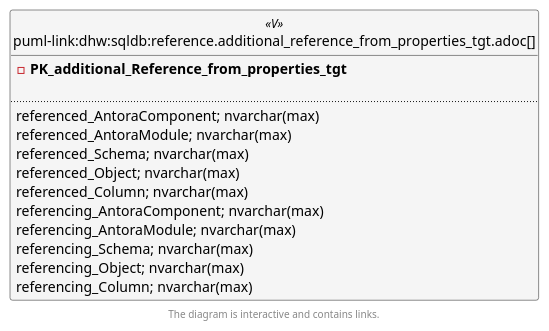
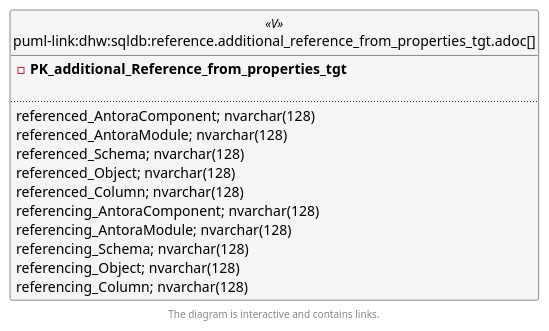
The second of 6 diagrams in docs/modules/sqldb/partials/content/reference.additional_reference_from_properties_tgt.adoc (DataHandwerk/dhw-antora-sqldb), drawn with PlantUML before and after one commit. The commit also changed other lines of this file and 641 other files, not shown here.

```diff
--- a/docs/modules/sqldb/partials/content/reference.additional_reference_from_properties_tgt.adoc
+++ b/docs/modules/sqldb/partials/content/reference.additional_reference_from_properties_tgt.adoc
@@ -854,52 +854,52 @@
 [plantuml, entity_1_1_fk-{docname}, svg, subs=macros]
 ....
 @startuml
 left to right direction
 'top to bottom direction
 hide circle
 'avoide "." issues:
 set namespaceSeparator none
 
 
 skinparam class {
   BackgroundColor White
   BackgroundColor<<FN>> Yellow
   BackgroundColor<<FS>> Yellow
   BackgroundColor<<FT>> LightGray
   BackgroundColor<<IF>> Yellow
   BackgroundColor<<IS>> Yellow
   BackgroundColor<<P>>  Aqua
   BackgroundColor<<PC>> Aqua
   BackgroundColor<<SN>> Yellow
   BackgroundColor<<SO>> SlateBlue
   BackgroundColor<<TF>> LightGray
   BackgroundColor<<TR>> Tomato
   BackgroundColor<<U>>  White
   BackgroundColor<<V>>  WhiteSmoke
   BackgroundColor<<X>>  Aqua
   BackgroundColor<<external>> AliceBlue
 }
 
 
 entity "puml-link:dhw:sqldb:reference.additional_reference_from_properties_tgt.adoc[]" as reference.additional_Reference_from_properties_tgt << V >> {
 - **PK_additional_Reference_from_properties_tgt**
 
 ..
-referenced_AntoraComponent; nvarchar(max)
-referenced_AntoraModule; nvarchar(max)
-referenced_Schema; nvarchar(max)
-referenced_Object; nvarchar(max)
-referenced_Column; nvarchar(max)
-referencing_AntoraComponent; nvarchar(max)
-referencing_AntoraModule; nvarchar(max)
-referencing_Schema; nvarchar(max)
-referencing_Object; nvarchar(max)
-referencing_Column; nvarchar(max)
+referenced_AntoraComponent; nvarchar(128)
+referenced_AntoraModule; nvarchar(128)
+referenced_Schema; nvarchar(128)
+referenced_Object; nvarchar(128)
+referenced_Column; nvarchar(128)
+referencing_AntoraComponent; nvarchar(128)
+referencing_AntoraModule; nvarchar(128)
+referencing_Schema; nvarchar(128)
+referencing_Object; nvarchar(128)
+referencing_Column; nvarchar(128)
 }
 
 
 
 footer The diagram is interactive and contains links.
 
 @enduml
 ....
```
